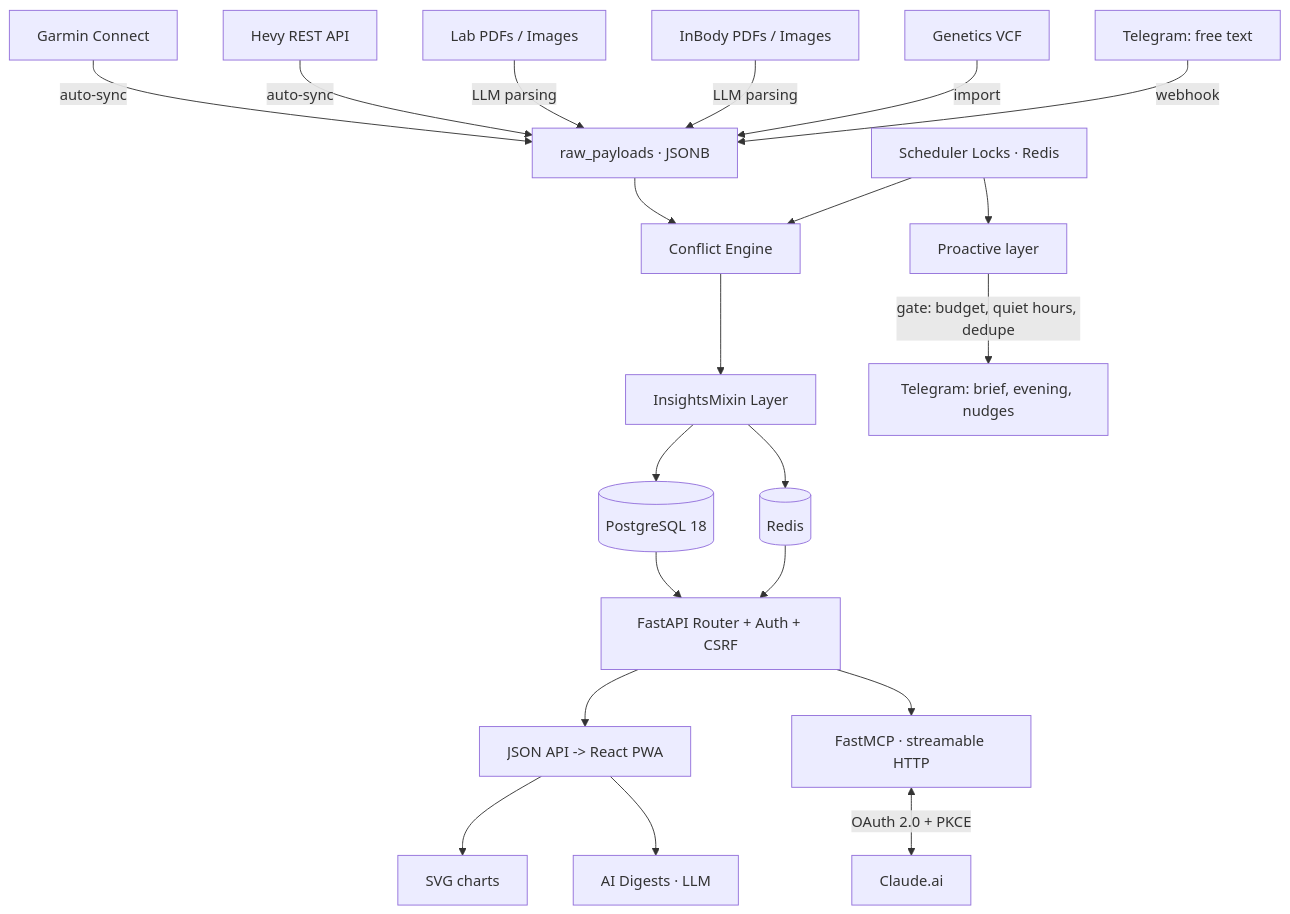
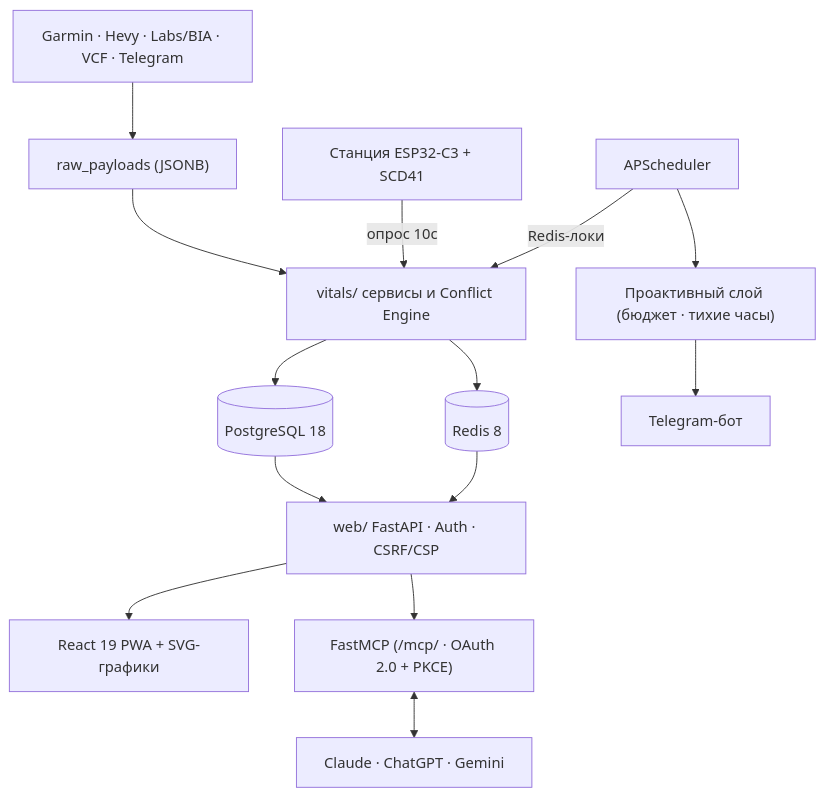
One commit to ilodezis/vitals changed the second of 2 diagrams in README.md. Above: the diagram before and after it, drawn with Mermaid. The commit also changed other lines of this file, not shown here.

Commit message:
docs(readme): trim bloat, put English first, and add architecture diagram

````diff
--- a/README.md
+++ b/README.md
@@ -1156,27 +169,15 @@
 ```mermaid
-graph TD
-    Garmin[Garmin Connect] -->|auto-sync| Raw[raw_payloads · JSONB]
-    Hevy[Hevy REST API] -->|auto-sync| Raw
-    Labs[Lab PDFs / Images] -->|LLM parsing| Raw
-    BIA[InBody PDFs / Images] -->|LLM parsing| Raw
-    VCF[Genetics VCF] -->|import| Raw
-    TGin[Telegram: free text] -->|webhook| Raw
-
-    Raw --> CE[Conflict Engine]
-    CE --> IL[InsightsMixin Layer]
-    Scheduler[Scheduler Locks · Redis] --> CE
-
-    IL --> DB[(PostgreSQL 18)]
-    IL --> Cache[(Redis)]
-
-    DB & Cache --> FastAPI[FastAPI Router + Auth + CSRF]
-
-    FastAPI --> UI[JSON API -> React PWA]
-    FastAPI --> MCP[FastMCP · streamable HTTP]
-    Scheduler --> PL[Proactive layer]
-    PL -->|gate: budget, quiet hours, dedupe| TGout[Telegram: brief, evening, nudges]
-
-    UI --> Charts[SVG charts]
-    UI --> AI[AI Digests · LLM]
-    MCP <-->|OAuth 2.0 + PKCE| Claude[Claude.ai]
+flowchart TD
+    Sources["Garmin · Hevy · Labs/BIA · VCF · Telegram"] --> Raw["raw_payloads (JSONB)"]
+    Raw --> Services["vitals/ сервисы и Conflict Engine"]
+    Env["Станция ESP32-C3 + SCD41"] -->|опрос 10с| Services
+    Scheduler["APScheduler"] -->|Redis-локи| Services
+    Services --> DB[("PostgreSQL 18")]
+    Services --> Redis[("Redis 8")]
+    DB & Redis --> API["web/ FastAPI · Auth · CSRF/CSP"]
+    API --> PWA["React 19 PWA + SVG-графики"]
+    API --> MCP["FastMCP (/mcp/ · OAuth 2.0 + PKCE)"]
+    Scheduler --> Proactive["Проактивный слой (бюджет · тихие часы)"]
+    Proactive --> TG["Telegram-бот"]
+    MCP <--> AI["Claude · ChatGPT · Gemini"]
 ```
````
